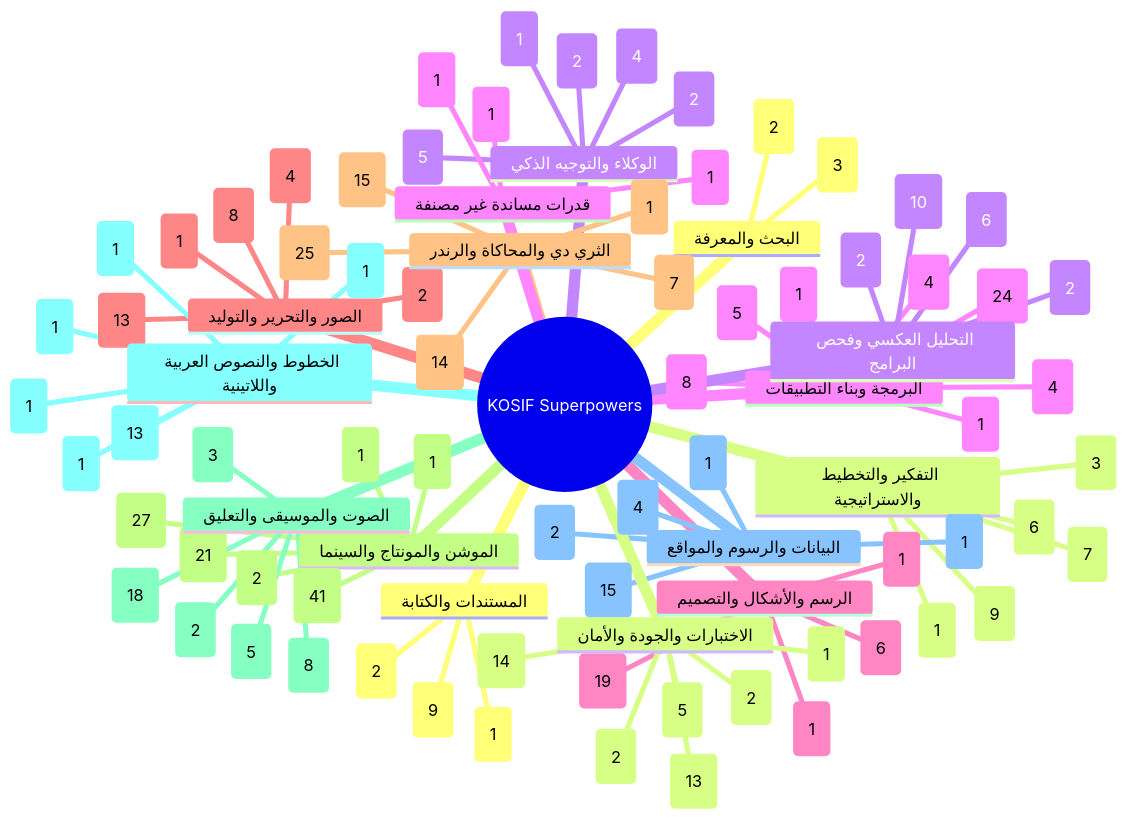
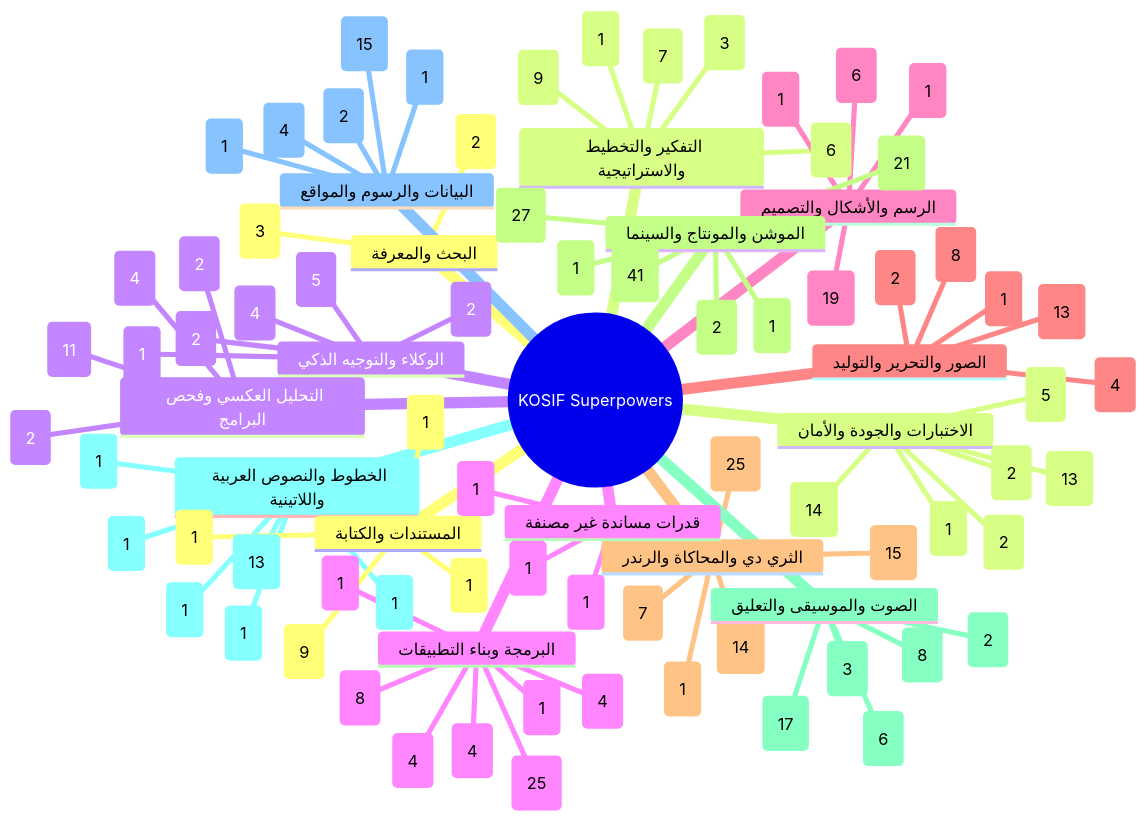
The first of 13 diagrams in .claude/skills/kosif-superpowers/references/capability-mindmap.md (kosif199022-jpg/kosif-tool), drawn with Mermaid before and after one commit. The commit also changed other lines of this file and 41 other files, not shown here.

```diff
--- a/.claude/skills/kosif-superpowers/references/capability-mindmap.md
+++ b/.claude/skills/kosif-superpowers/references/capability-mindmap.md
@@ -46,8 +46,8 @@
       تحقّق (2)
     البرمجة وبناء التطبيقات
       افهم المادة (4)
-      خطّط وقرّر (5)
-      اصنع (24)
+      خطّط وقرّر (4)
+      اصنع (25)
       حسّن واصقل (1)
       جمّع وارندر (4)
       تحقّق (8)
@@ -79,8 +79,8 @@
     الصوت والموسيقى والتعليق
       افهم المادة (3)
       خطّط وقرّر (8)
-      اصنع (18)
-      حسّن واصقل (5)
+      اصنع (17)
+      حسّن واصقل (6)
       تحقّق (2)
     الخطوط والنصوص العربية واللاتينية
       خطّط وقرّر (1)
@@ -96,8 +96,9 @@
       حسّن واصقل (4)
       جمّع وارندر (1)
     المستندات والكتابة
-      افهم المادة (2)
+      افهم المادة (1)
       اصنع (9)
+      تحقّق (1)
       سلّم وانشر (1)
     الاختبارات والجودة والأمان
       افهم المادة (13)
@@ -107,10 +108,10 @@
       جمّع وارندر (2)
       تحقّق (14)
     التحليل العكسي وفحص البرامج
-      افهم المادة (10)
+      افهم المادة (11)
       خطّط وقرّر (2)
       اصنع (2)
-      جمّع وارندر (6)
+      جمّع وارندر (4)
     قدرات مساندة غير مصنفة
       افهم المادة (1)
       خطّط وقرّر (1)
```
